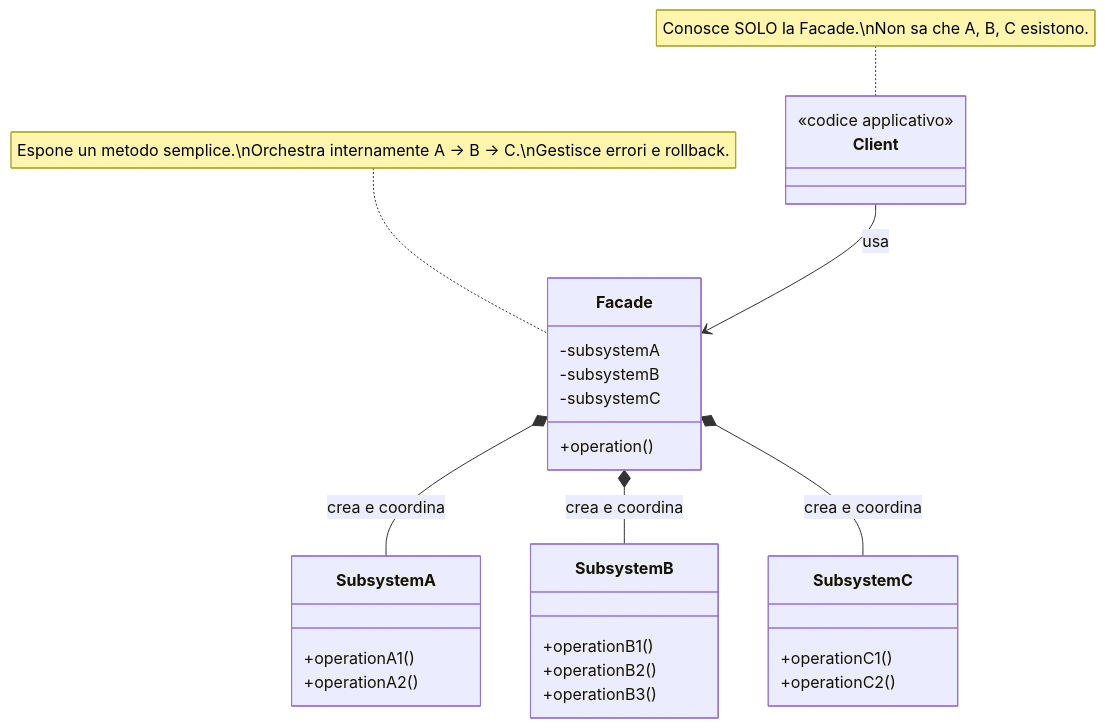
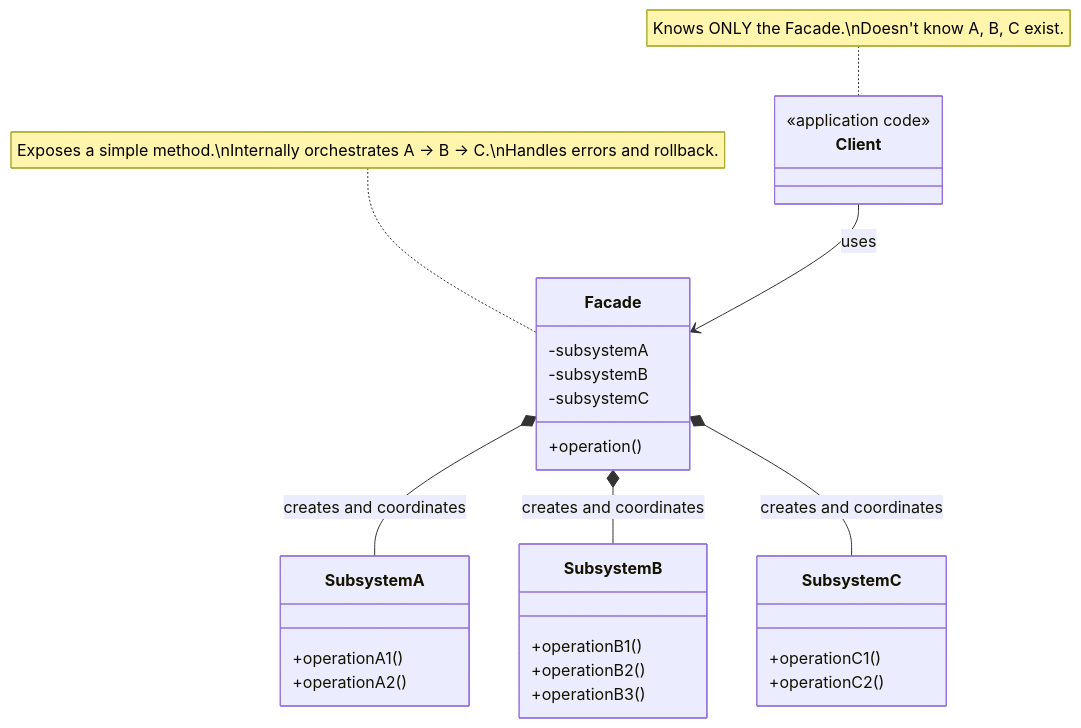
Before and after one commit to lucadileo9/design-pattern: the first of 3 diagrams in 02_structural/facade/README.md, drawn with Mermaid. The commit also changed other lines of this file and 43 other files, not shown here.

````diff
--- a/02_structural/facade/README.md
+++ b/02_structural/facade/README.md
@@ -40,33 +40,33 @@
 ```mermaid
 classDiagram
     class Client {
-        <<codice applicativo>>
+        <<application code>>
     }
     class Facade {
         -subsystemA
         -subsystemB
         -subsystemC
         +operation()
     }
     class SubsystemA {
         +operationA1()
         +operationA2()
     }
     class SubsystemB {
         +operationB1()
         +operationB2()
         +operationB3()
     }
     class SubsystemC {
         +operationC1()
         +operationC2()
     }
 
-    Client --> Facade : usa
-    Facade *-- SubsystemA : crea e coordina
-    Facade *-- SubsystemB : crea e coordina
-    Facade *-- SubsystemC : crea e coordina
+    Client --> Facade : uses
+    Facade *-- SubsystemA : creates and coordinates
+    Facade *-- SubsystemB : creates and coordinates
+    Facade *-- SubsystemC : creates and coordinates
 
-    note for Facade "Espone un metodo semplice.\nOrchestra internamente A → B → C.\nGestisce errori e rollback."
-    note for Client "Conosce SOLO la Facade.\nNon sa che A, B, C esistono."
+    note for Facade "Exposes a simple method.\nInternally orchestrates A → B → C.\nHandles errors and rollback."
+    note for Client "Knows ONLY the Facade.\nDoesn't know A, B, C exist."
 ```
````
